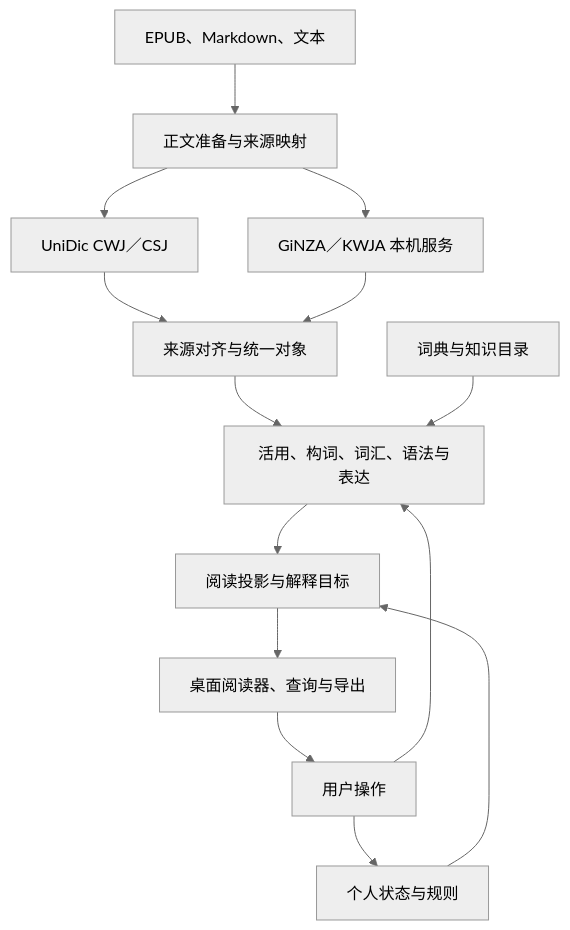
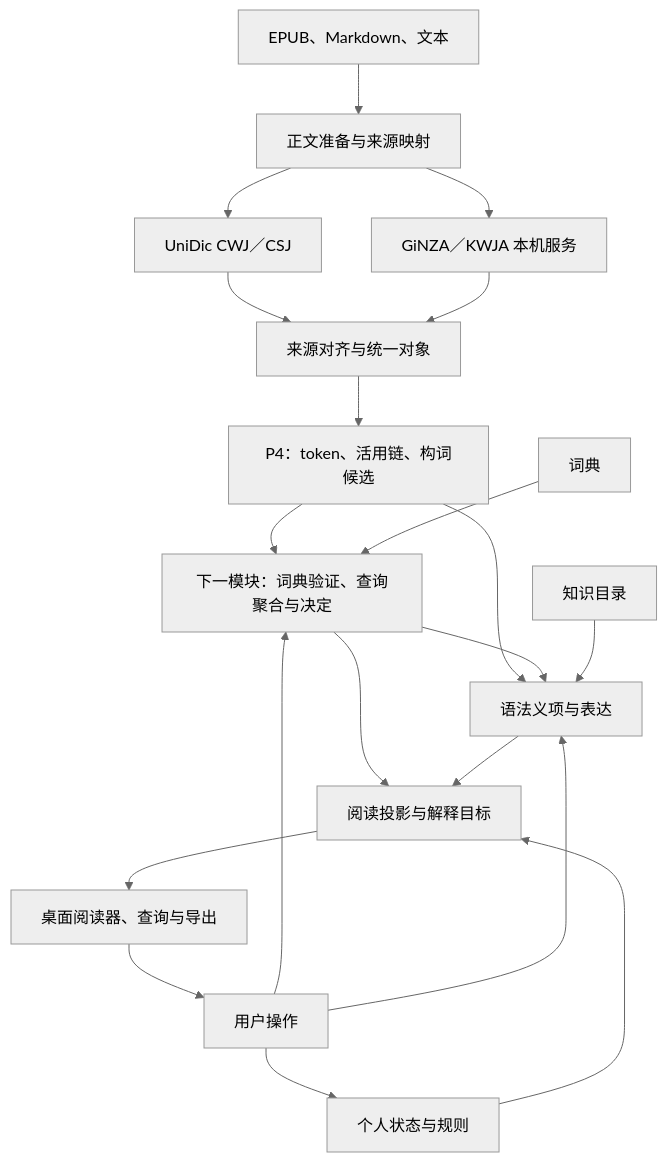
Before and after one commit to OsakaLOOP/kotoclip: the diagram in docs/architecture.md, drawn with Mermaid (neutral theme). The commit also changed other lines of this file and 9 other files, not shown here.

````diff
--- a/docs/architecture.md
+++ b/docs/architecture.md
@@ -7,16 +7,22 @@
 ```mermaid
 flowchart TD
     Input[EPUB、Markdown、文本] --> Prepare[正文准备与来源映射]
     Prepare --> UniDic[UniDic CWJ／CSJ]
     Prepare --> External[GiNZA／KWJA 本机服务]
     UniDic --> Unified[来源对齐与统一对象]
     External --> Unified
-    Unified --> Analysis[活用、构词、词汇、语法与表达]
-    Dictionary[词典与知识目录] --> Analysis
-    Analysis --> Projection[阅读投影与解释目标]
+    Unified --> P4[P4：token、活用链、构词候选]
+    P4 --> Query[下一模块：词典验证、查询聚合与决定]
+    Dictionary[词典] --> Query
+    P4 --> Language[语法义项与表达]
+    Query --> Language
+    Knowledge[知识目录] --> Language
+    Query --> Projection[阅读投影与解释目标]
+    Language --> Projection
     Personal[个人状态与规则] --> Projection
     Projection --> Desktop[桌面阅读器、查询与导出]
     Desktop --> Mutation[用户操作]
     Mutation --> Personal
-    Mutation --> Analysis
+    Mutation --> Query
+    Mutation --> Language
 ```
````
